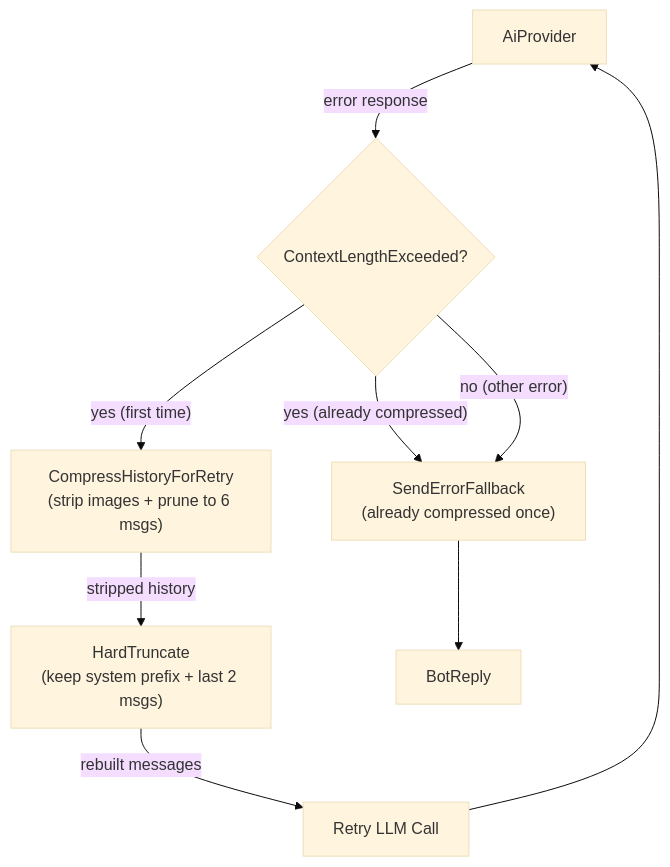
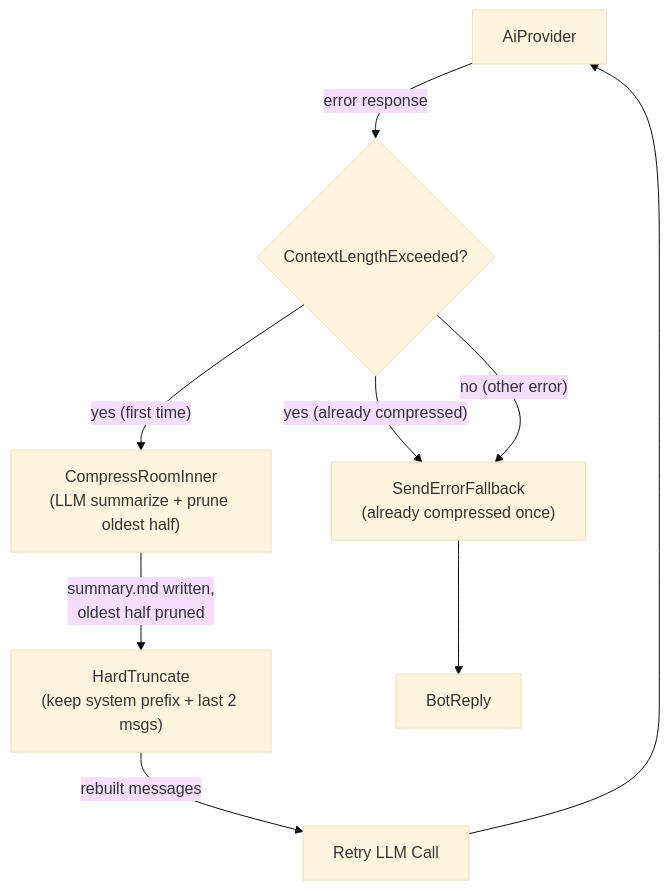
One commit to cosmoswafer/rockbot changed diagram 11 of 12 in _dfd/agent-harness.md. Above: the diagram before and after it, drawn with Mermaid (base theme). The commit also changed other lines of this file and 2 other files, not shown here.

First line of the commit message:
refactor: replace compress_history_for_retry with compress_room_inner auto path

````diff
--- a/_dfd/agent-harness.md
+++ b/_dfd/agent-harness.md
@@ -412,19 +412,19 @@
 ```mermaid
 flowchart TD
     AI[AiProvider]
     CHECK{ContextLengthExceeded?}
-    COMPRESS["CompressHistoryForRetry<br/>(strip images + prune to 6 msgs)"]
-    REBUILD["HardTruncate<br/>(keep system prefix + last 2 msgs)"]
+    COMPRESS["CompressRoomInner<br/>(LLM summarize + prune oldest half)"]
+    TRIM["HardTruncate<br/>(keep system prefix + last 2 msgs)"]
     RETRY["Retry LLM Call"]
     FALLBACK["SendErrorFallback<br/>(already compressed once)"]
     REPLY[BotReply]
 
     AI -->|"error response"| CHECK
     CHECK -->|"yes (first time)"| COMPRESS
     CHECK -->|"yes (already compressed)"| FALLBACK
     CHECK -->|"no (other error)"| FALLBACK
-    COMPRESS -->|"stripped history"| REBUILD
-    REBUILD -->|"rebuilt messages"| RETRY
+    COMPRESS -->|"summary.md written,<br/>oldest half pruned"| TRIM
+    TRIM -->|"rebuilt messages"| RETRY
     RETRY --> AI
     FALLBACK --> REPLY
 ```
````
